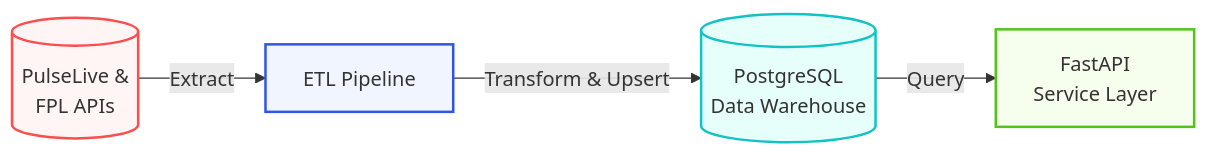
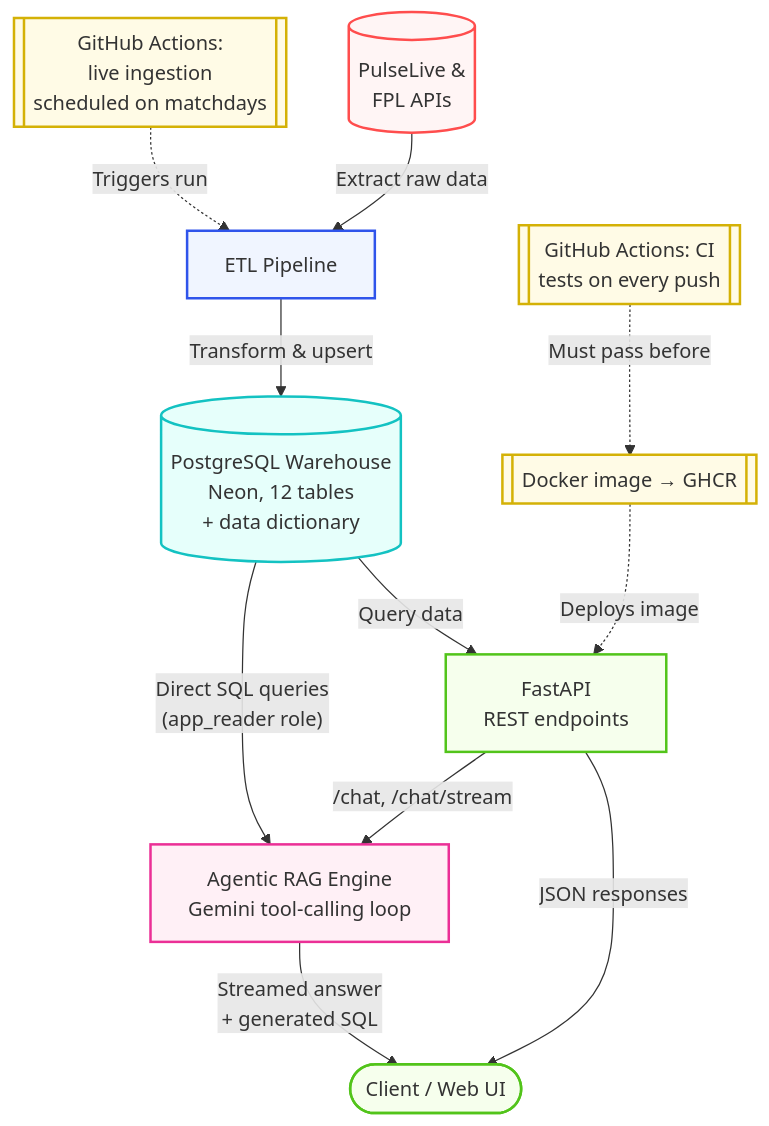
The diagram in README.md (Abdullahifrh/pitchquery), drawn with Mermaid before and after one commit. The commit also changed other lines of this file and 1 other file, not shown here.

````diff
--- a/README.md
+++ b/README.md
@@ -9,19 +17,31 @@
 ```mermaid
-flowchart LR
-    %% Defining Style Patterns
+flowchart TB
     classDef source fill:#fff5f5,stroke:#ff4d4d,stroke-width:2px,color:#333;
     classDef pipeline fill:#f0f5ff,stroke:#2f54eb,stroke-width:2px,color:#333;
     classDef storage fill:#e6fffb,stroke:#13c2c2,stroke-width:2px,color:#333;
     classDef api fill:#f6ffed,stroke:#52c41a,stroke-width:2px,color:#333;
+    classDef ai fill:#fff0f6,stroke:#eb2f96,stroke-width:2px,color:#333;
+    classDef ops fill:#fffbe6,stroke:#d4b106,stroke-width:2px,color:#333;
 
-    %% Nodes
-    A[(PulseLive &<br/>FPL APIs)]:::source
-    B[ETL Pipeline]:::pipeline
-    C[(PostgreSQL<br/>Data Warehouse)]:::storage
-    D[FastAPI<br/>Service Layer]:::api
+    A[("PulseLive &<br/>FPL APIs")]:::source
+    B["ETL Pipeline"]:::pipeline
+    C[("PostgreSQL Warehouse<br/>Neon, 12 tables<br/>+ data dictionary")]:::storage
+    D["FastAPI<br/>REST endpoints"]:::api
+    E["Agentic RAG Engine<br/>Gemini tool-calling loop"]:::ai
+    F(["Client / Web UI"]):::api
+    G[["GitHub Actions: CI<br/>tests on every push"]]:::ops
+    H[["GitHub Actions:<br/>live ingestion<br/>scheduled on matchdays"]]:::ops
+    I[["Docker image → GHCR"]]:::ops
 
-    %% Connections
-    A -->|Extract| B
-    B -->|Transform & Upsert| C
-    C -->|Query| D
+    A -->|Extract raw data| B
+    B -->|Transform & upsert| C
+    C -->|Query data| D
+    C -->|"Direct SQL queries<br/>(app_reader role)"| E
+    D -->|JSON responses| F
+    D -->|/chat, /chat/stream| E
+    E -->|Streamed answer<br/>+ generated SQL| F
+
+    H -.Triggers run.-> B
+    G -.Must pass before.-> I
+    I -.Deploys image.-> D
 ```
````
